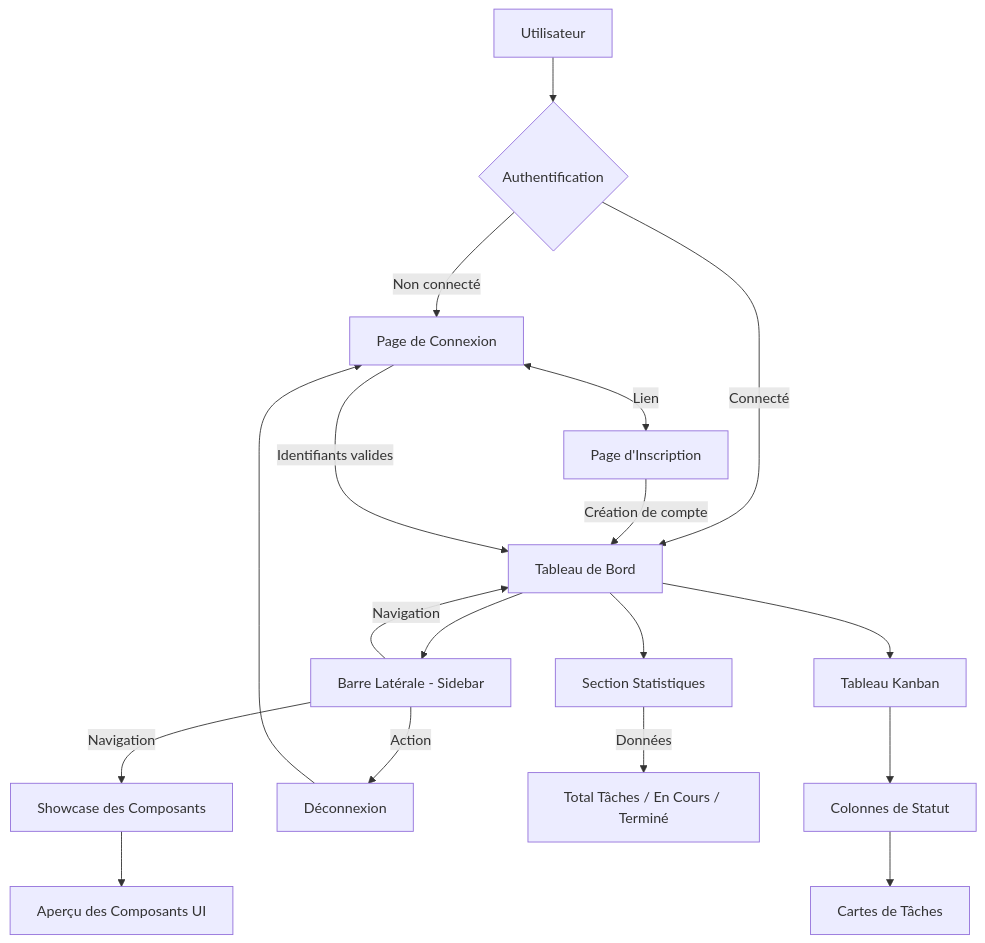
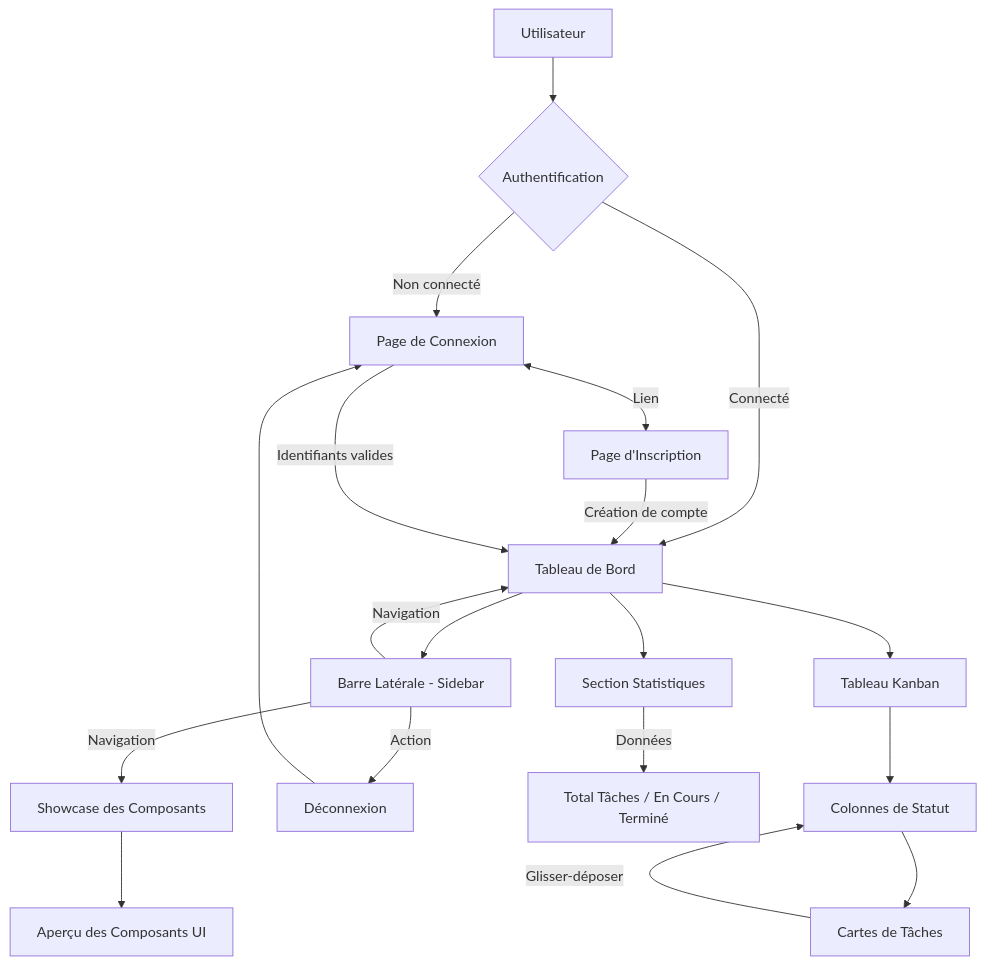
Before and after one commit to AkramMoussaoui/taskflow-front: the diagram in diagramme_fonctionnel.md, drawn with Mermaid. The commit also changed other lines of this file and 5 other files, not shown here.

````diff
--- a/diagramme_fonctionnel.md
+++ b/diagramme_fonctionnel.md
@@ -10,28 +10,29 @@
 ```mermaid
 graph TD
     A[Utilisateur] --> B{Authentification}
     B -->|Non connecté| C[Page de Connexion]
     B -->|Connecté| D[Tableau de Bord]
     
     C <-->|Lien| Signup[Page d'Inscription]
     Signup -->|Création de compte| D
     
     C -->|Identifiants valides| D
     
     D --> E[Barre Latérale - Sidebar]
     D --> F[Section Statistiques]
     D --> G[Tableau Kanban]
     
     E -->|Navigation| D
     E -->|Navigation| H[Showcase des Composants]
     E -->|Action| I[Déconnexion]
     
     F -->|Données| J[Total Tâches / En Cours / Terminé]
     
     G --> K[Colonnes de Statut]
     K --> L[Cartes de Tâches]
+    L -->|Glisser-déposer| K
     
     H --> M[Aperçu des Composants UI]
     
     I --> C
 ```
````
